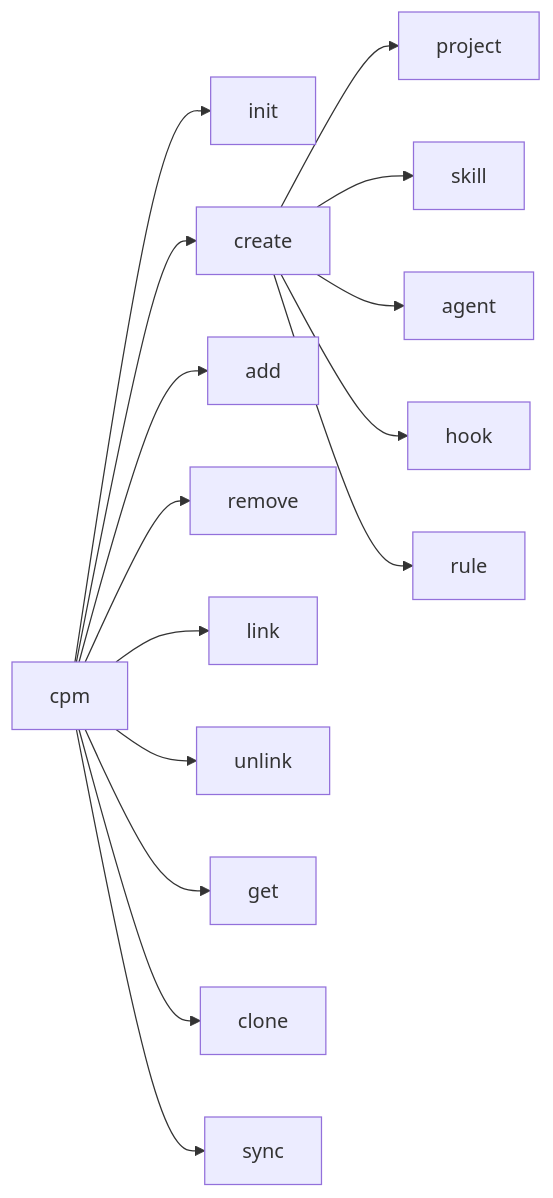
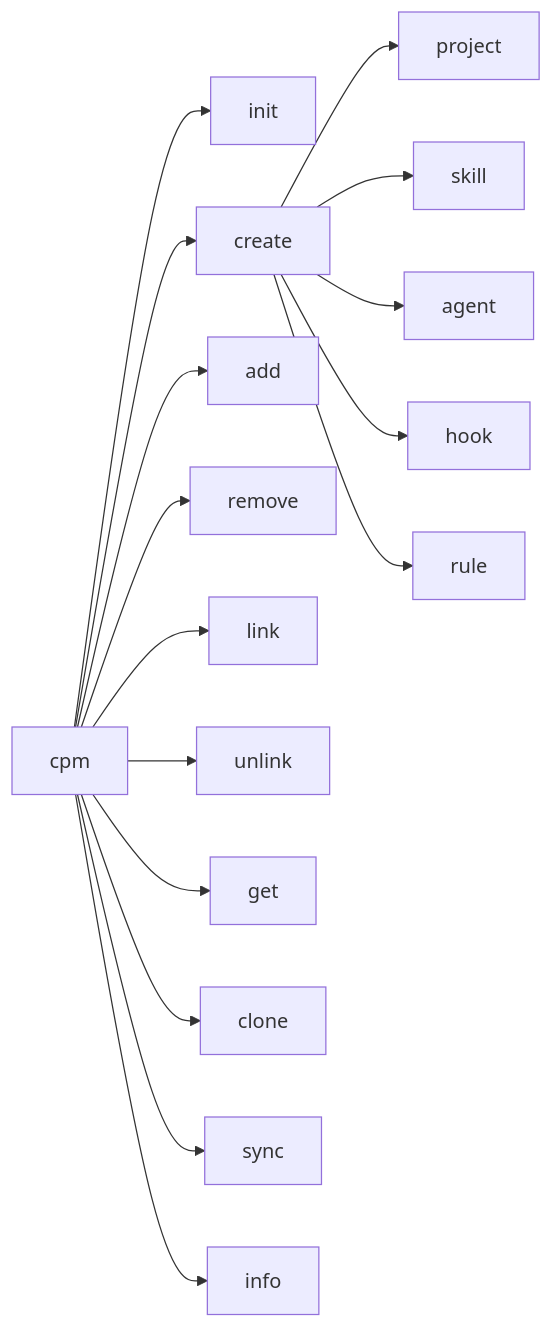
One commit to transilienceai/cldpm changed the diagram in typescript/CLI.md. Above: the diagram before and after it, drawn with Mermaid. The commit also changed other lines of this file and 9 other files, not shown here.

Commit message:
chore: added banner for cpm info

````diff
--- a/typescript/CLI.md
+++ b/typescript/CLI.md
@@ -13,18 +13,19 @@
 ```mermaid
 graph LR
     CPM[cpm] --> INIT[init]
     CPM --> CREATE[create]
     CPM --> ADD[add]
     CPM --> REMOVE[remove]
     CPM --> LINK[link]
     CPM --> UNLINK[unlink]
     CPM --> GET[get]
     CPM --> CLONE[clone]
     CPM --> SYNC[sync]
+    CPM --> INFO[info]
 
     CREATE --> PROJECT[project]
     CREATE --> SKILL[skill]
     CREATE --> AGENT[agent]
     CREATE --> HOOK[hook]
     CREATE --> RULE[rule]
 ```
````
